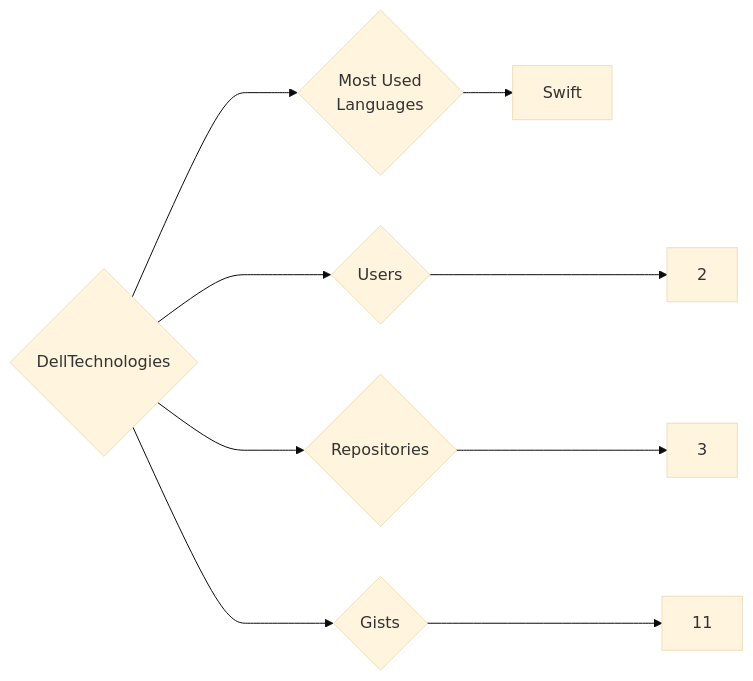
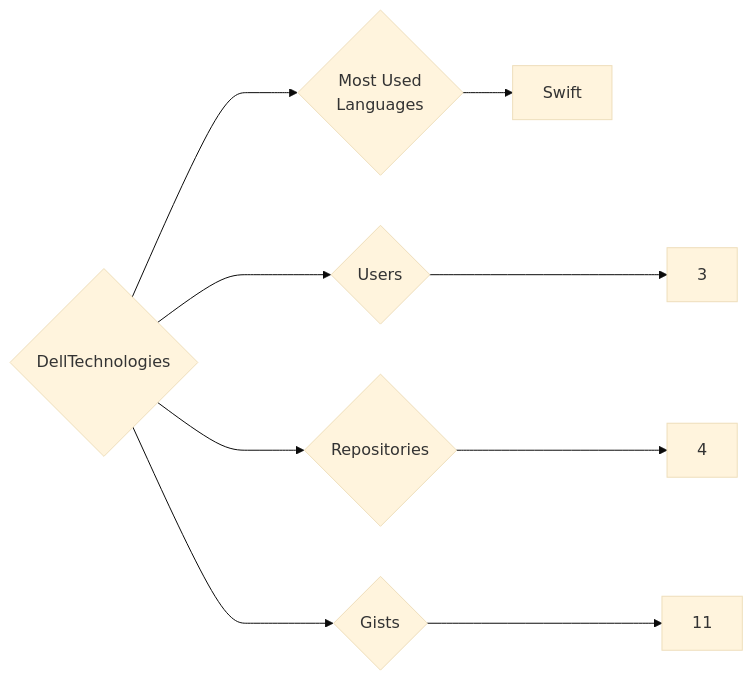
The diagram in targets/DellTechnologies/README.md (trickest/insiders), drawn with Mermaid (base theme) before and after one commit. The commit also changed 611 other files, not shown here.

````diff
--- a/targets/DellTechnologies/README.md
+++ b/targets/DellTechnologies/README.md
@@ -3,9 +3,9 @@
 ```mermaid
 graph LR
 COMPANY_NAME{DellTechnologies}
-COMPANY_NAME ---> U{Users} ---> UN[2]
-COMPANY_NAME ---> R{Repositories} ---> RN[3]
+COMPANY_NAME ---> U{Users} ---> UN[3]
+COMPANY_NAME ---> R{Repositories} ---> RN[4]
 COMPANY_NAME ---> G{Gists} ---> GN[11]
 COMPANY_NAME ---> ML{Most Used<br>Languages}
 ML --> Swift[Swift]
 ```
````
